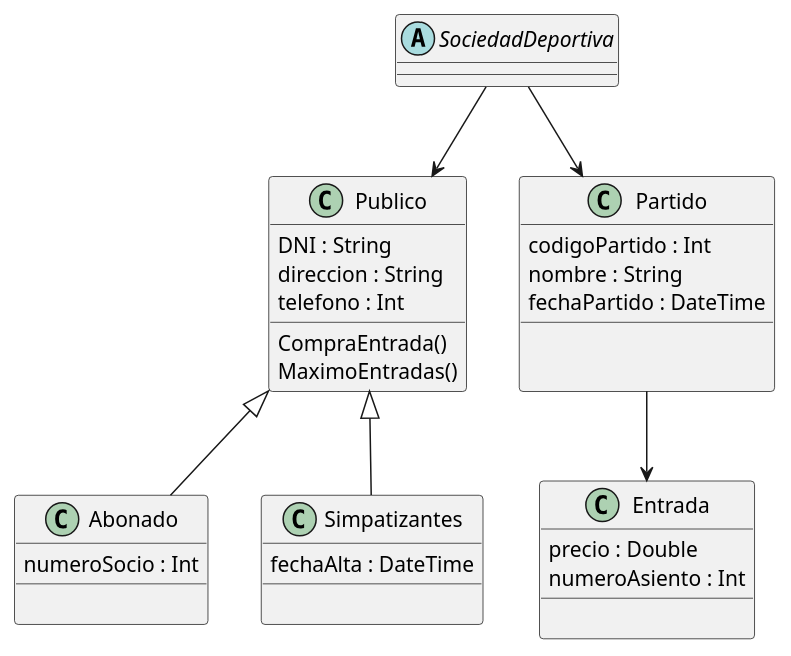
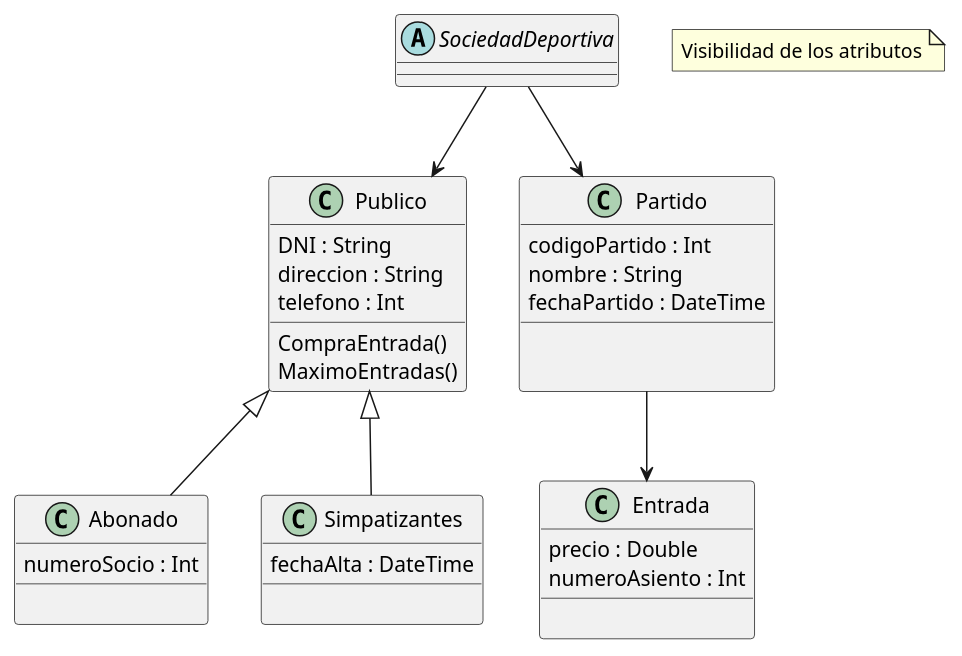
One commit to IsmaDevBalmis/ED changed the diagram in Ejercicio 2/ejercicio 2.plantuml. Above: the diagram before and after it, drawn with PlantUML.

Commit message:
Correcciones ejercicio 2

```diff
--- a/Ejercicio 2/ejercicio 2.plantuml
+++ b/Ejercicio 2/ejercicio 2.plantuml
@@ -1,53 +1,55 @@
 @startuml
 
     SociedadDeportiva --> Publico
     Publico <|-- Abonado
     Publico <|-- Simpatizantes
     SociedadDeportiva --> Partido
     Partido --> Entrada
 
 
 
     abstract class SociedadDeportiva{
 
     }
 
     class Publico{
         DNI : String
         direccion : String
         telefono : Int
         __
         CompraEntrada()
         MaximoEntradas()
     }
 
     class Abonado{
         numeroSocio : Int
         __
 
     }
 
     class Simpatizantes{
         fechaAlta : DateTime
         __
 
     }
 
     class Partido{
         codigoPartido : Int
         nombre : String
         fechaPartido : DateTime
         __
 
 
     }
 
     class Entrada{
         precio : Double
         numeroAsiento : Int
         __
         
     }
 
-    
+    note as N1
+    Visibilidad de los atributos
+end note
 @enduml
```
